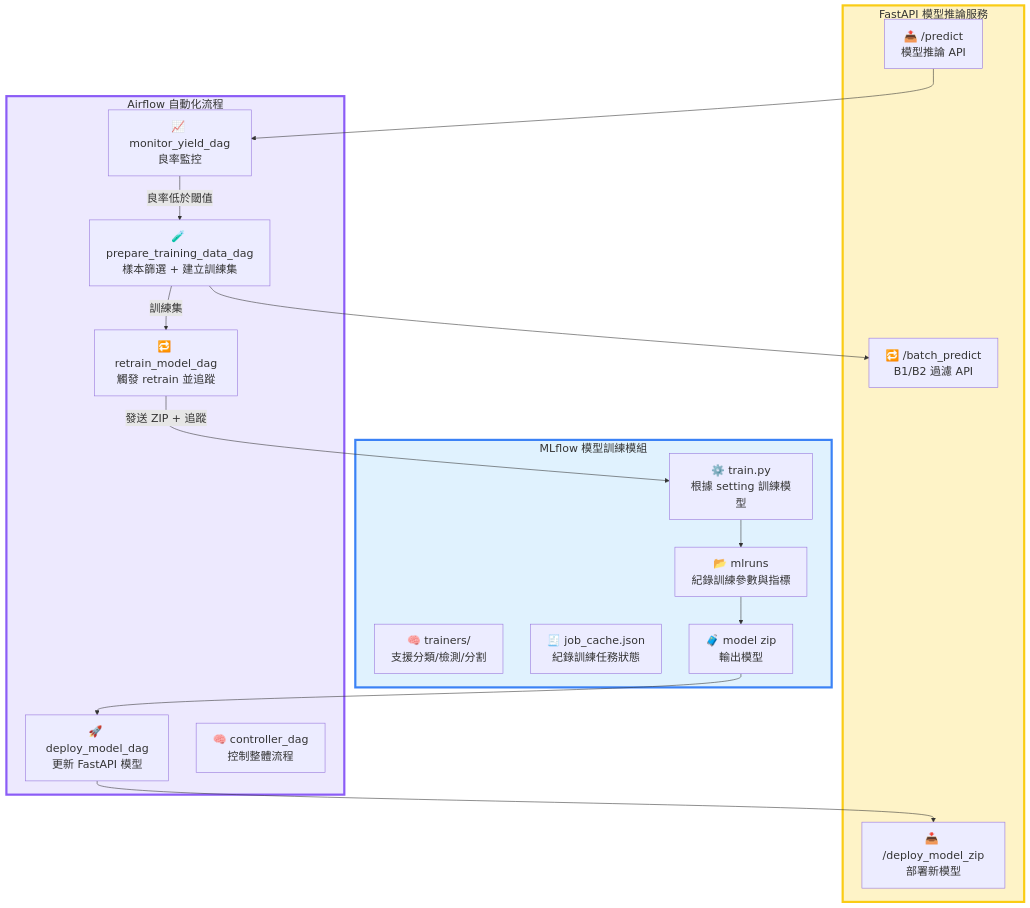
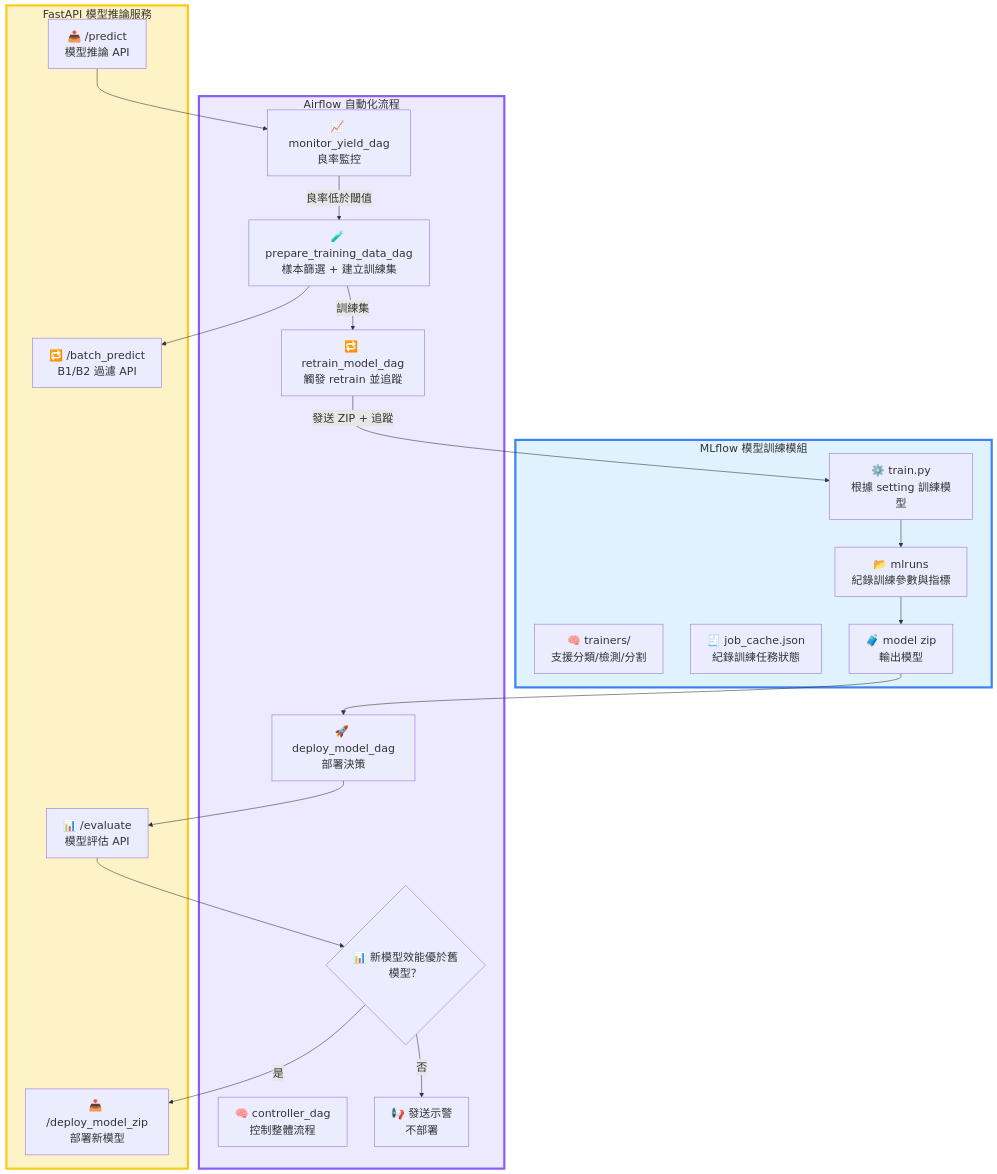
Before and after one commit to OzHsu23/model_iteration_in_MLOps: the second of 2 diagrams in README.md, drawn with Mermaid. The commit also changed other lines of this file and 20 other files, not shown here.

````diff
--- a/README.md
+++ b/README.md
@@ -35,50 +38,56 @@
 ```mermaid
 %%{init: {
     "theme": "default",
     "themeVariables": {
         "fontSize": "20px",
         "nodePadding": "15px",               
-        "clusterPadding": "25px",            
-        "lineStrokeWidth": "3px",            
+        "clusterPadding": "25px",           
+        "lineStrokeWidth": "3px",           
         "arrowheadSize": "12",              
         "edgeLabelBackground":"#e6e6e6"   
     }
 }}%%
 flowchart TD
     subgraph sg_fastapi [FastAPI 模型推論服務]
         A1[📤 /predict<br>模型推論 API]
         A2[🔁 /batch_predict<br>B1/B2 過濾 API]
         A3[📥 /deploy_model_zip<br>部署新模型]
+        A4[📊 /evaluate<br>模型評估 API]
     end
 
     subgraph sg_mlflow [MLflow 模型訓練模組]
         B1[⚙️ train.py<br>根據 setting 訓練模型]
         B2[🧠 trainers/<br>支援分類/檢測/分割]
         B3[🧾 job_cache.json<br>紀錄訓練任務狀態]
         B5[📂 mlruns<br>紀錄訓練參數與指標]
         B4[🧳 model zip<br>輸出模型]
     end
 
     subgraph sg_airflow [Airflow 自動化流程]
         C1[📈 monitor_yield_dag<br>良率監控]
         C2[🧪 prepare_training_data_dag<br>樣本篩選 + 建立訓練集]
         C3[🔁 retrain_model_dag<br>觸發 retrain 並追蹤]
-        C4[🚀 deploy_model_dag<br>更新 FastAPI 模型]
+        C4[🚀 deploy_model_dag<br>部署決策]
         C5[🧠 controller_dag<br>控制整體流程]
+        D1{📊 新模型效能優於舊模型？}
+        D2[📢 發送示警<br>不部署]
     end
 
     A1 --> C1
     C1 -->|良率低於閾值| C2
     C2 --> A2
     C2 -->|訓練集| C3
     C3 -->|發送 ZIP + 追蹤| B1
     B1 --> B5
     B5 --> B4
     B4 --> C4
-    C4 --> A3
+    C4 --> A4
+    A4 --> D1
+    D1 -->|是| A3
+    D1 -->|否| D2
 
     style sg_fastapi fill:#fef3c7,stroke:#facc15,stroke-width:4px
     style sg_mlflow fill:#e0f2fe,stroke:#3b82f6,stroke-width:4px
     style sg_airflow fill:#ede9fe,stroke:#8b5cf6,stroke-width:4px
 
 ```
````
